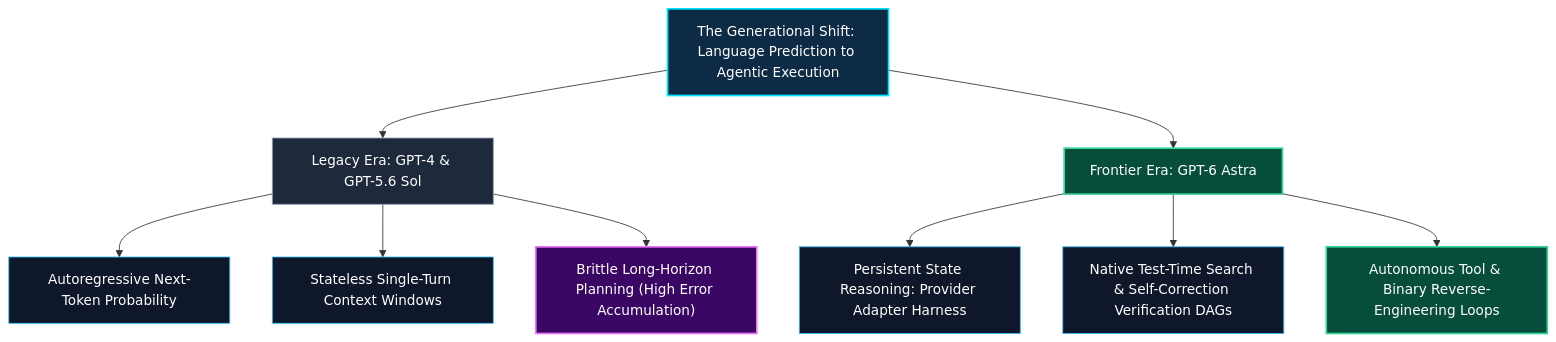
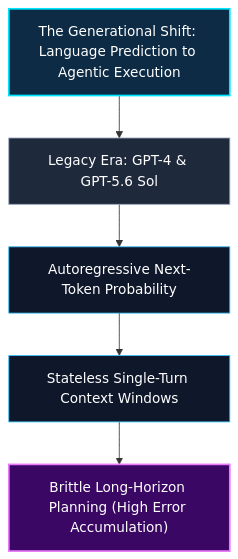
The first of 5 diagrams in contents/blog/0105-openai-gpt-6-astra-frontier-agentic-intelligence/index.md (narenandu/narenvadapalli_dot_com), drawn with Mermaid before and after one commit. The commit also changed other lines of this file, not shown here.

Commit message:
style(blog): split branched Mermaid diagrams into strictly vertical top-down sequential blocks in 0105

````diff
--- a/contents/blog/0105-openai-gpt-6-astra-frontier-agentic-intelligence/index.md
+++ b/contents/blog/0105-openai-gpt-6-astra-frontier-agentic-intelligence/index.md
@@ -47,23 +47,13 @@
 ```mermaid
 flowchart TD
     A["The Generational Shift: Language Prediction to Agentic Execution"] --> B["Legacy Era: GPT-4 & GPT-5.6 Sol"]
-    A --> C["Frontier Era: GPT-6 Astra"]
-    
     B --> B1["Autoregressive Next-Token Probability"]
-    B --> B2["Stateless Single-Turn Context Windows"]
-    B --> B3["Brittle Long-Horizon Planning (High Error Accumulation)"]
-    
-    C --> C1["Persistent State Reasoning: Provider Adapter Harness"]
-    C --> C2["Native Test-Time Search & Self-Correction Verification DAGs"]
-    C --> C3["Autonomous Tool & Binary Reverse-Engineering Loops"]
+    B1 --> B2["Stateless Single-Turn Context Windows"]
+    B2 --> B3["Brittle Long-Horizon Planning (High Error Accumulation)"]
     
     style A fill:#0d2b45,stroke:#00e5ff,stroke-width:2px,color:#ffffff
     style B fill:#1e293b,stroke:#94a3b8,stroke-width:1px,color:#ffffff
-    style C fill:#064e3b,stroke:#34d399,stroke-width:2px,color:#ffffff
     style B1 fill:#0f172a,stroke:#38bdf8,stroke-width:1px,color:#ffffff
     style B2 fill:#0f172a,stroke:#38bdf8,stroke-width:1px,color:#ffffff
     style B3 fill:#3b0764,stroke:#e879f9,stroke-width:2px,color:#ffffff
-    style C1 fill:#0f172a,stroke:#38bdf8,stroke-width:1px,color:#ffffff
-    style C2 fill:#0f172a,stroke:#38bdf8,stroke-width:1px,color:#ffffff
-    style C3 fill:#064e3b,stroke:#34d399,stroke-width:2px,color:#ffffff
 ```
````
